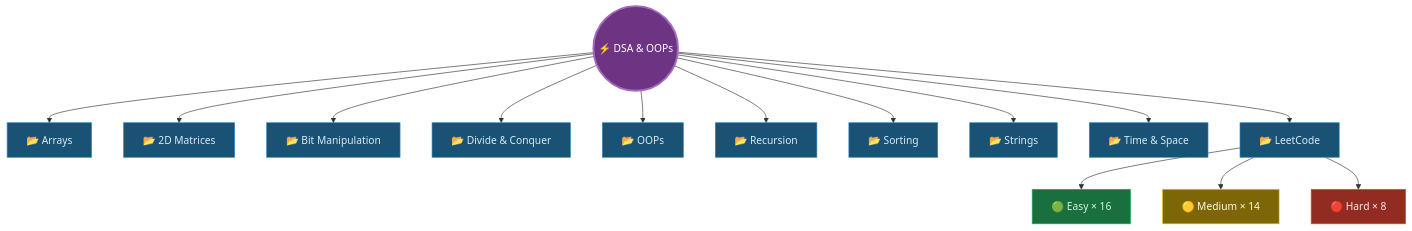
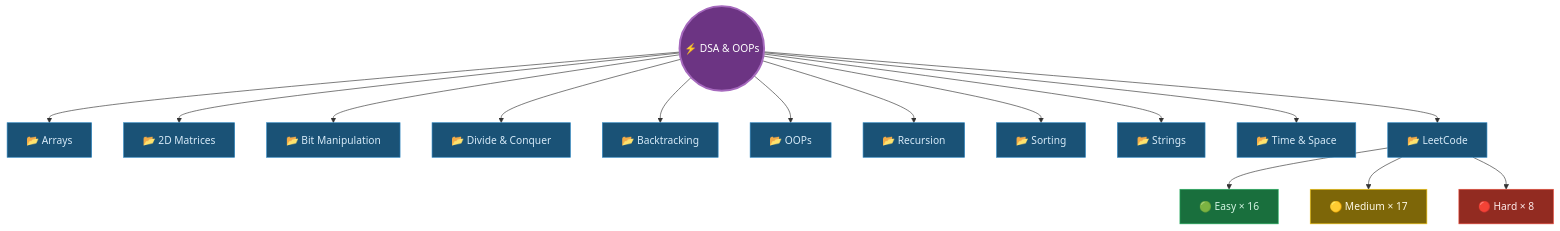
The diagram in README.md (raghuvanshi-sec/DSA), drawn with Mermaid before and after one commit. The commit also changed other lines of this file and 8 other files, not shown here.

````diff
--- a/README.md
+++ b/README.md
@@ -78,34 +79,36 @@
 ```mermaid
 graph TD
     R(("⚡ DSA & OOPs"))
 
     R --> A["📂 Arrays"]
     R --> M["📂 2D Matrices"]
     R --> B["📂 Bit Manipulation"]
     R --> DC["📂 Divide & Conquer"]
+    R --> BK["📂 Backtracking"]
     R --> O["📂 OOPs"]
     R --> REC["📂 Recursion"]
     R --> S["📂 Sorting"]
     R --> ST["📂 Strings"]
     R --> TS["📂 Time & Space"]
     R --> LC["📂 LeetCode"]
 
     LC --> E["🟢 Easy × 16"]
-    LC --> MD["🟡 Medium × 14"]
+    LC --> MD["🟡 Medium × 17"]
     LC --> H["🔴 Hard × 8"]
 
     style R fill:#6c3483,stroke:#a569bd,stroke-width:3px,color:#fff
     style A fill:#1a5276,stroke:#2e86c1,color:#d6eaf8
     style M fill:#1a5276,stroke:#2e86c1,color:#d6eaf8
     style B fill:#1a5276,stroke:#2e86c1,color:#d6eaf8
     style DC fill:#1a5276,stroke:#2e86c1,color:#d6eaf8
+    style BK fill:#1a5276,stroke:#2e86c1,color:#d6eaf8
     style O fill:#1a5276,stroke:#2e86c1,color:#d6eaf8
     style REC fill:#1a5276,stroke:#2e86c1,color:#d6eaf8
     style S fill:#1a5276,stroke:#2e86c1,color:#d6eaf8
     style ST fill:#1a5276,stroke:#2e86c1,color:#d6eaf8
     style TS fill:#1a5276,stroke:#2e86c1,color:#d6eaf8
     style LC fill:#1a5276,stroke:#2e86c1,color:#d6eaf8
     style E fill:#196f3d,stroke:#27ae60,color:#d5f5e3
     style MD fill:#7d6608,stroke:#f1c40f,color:#fef9e7
     style H fill:#922b21,stroke:#e74c3c,color:#fdedec
 ```
````
